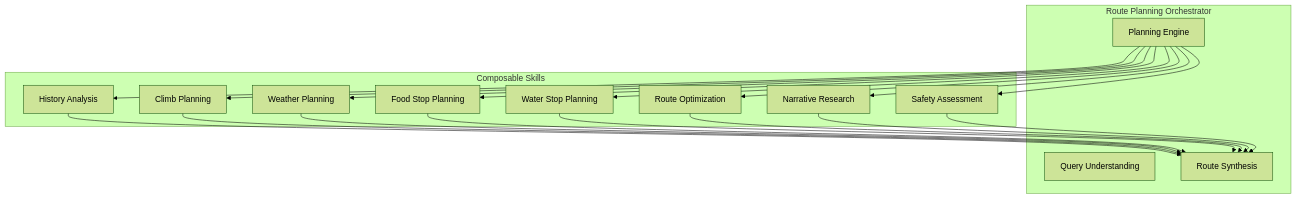
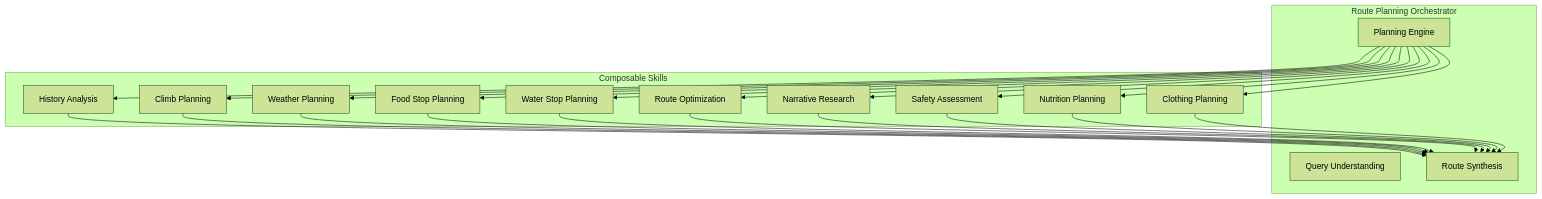
The first of 2 diagrams in docs/skills.md (bendrucker/route-agent), drawn with Mermaid (forest theme) before and after one commit. The commit also changed other lines of this file and 10 other files, not shown here.

First line of the commit message:
Add Nutrition Planning and Clothing Planning skills

````diff
--- a/docs/skills.md
+++ b/docs/skills.md
@@ -9,22 +9,24 @@
 ```mermaid
 graph TB
     subgraph Orchestrator["Route Planning Orchestrator"]
         QU[Query Understanding]
         Plan[Planning Engine]
         Synth[Route Synthesis]
     end
 
     subgraph Skills["Composable Skills"]
         S1[History Analysis]
         S2[Climb Planning]
         S3[Weather Planning]
         S4[Food Stop Planning]
         S5[Water Stop Planning]
         S6[Route Optimization]
         S7[Narrative Research]
         S8[Safety Assessment]
+        S9[Nutrition Planning]
+        S10[Clothing Planning]
     end
 
-    Plan --> S1 & S2 & S3 & S4 & S5 & S6 & S7 & S8
-    S1 & S2 & S3 & S4 & S5 & S6 & S7 & S8 --> Synth
+    Plan --> S1 & S2 & S3 & S4 & S5 & S6 & S7 & S8 & S9 & S10
+    S1 & S2 & S3 & S4 & S5 & S6 & S7 & S8 & S9 & S10 --> Synth
 ```
````
